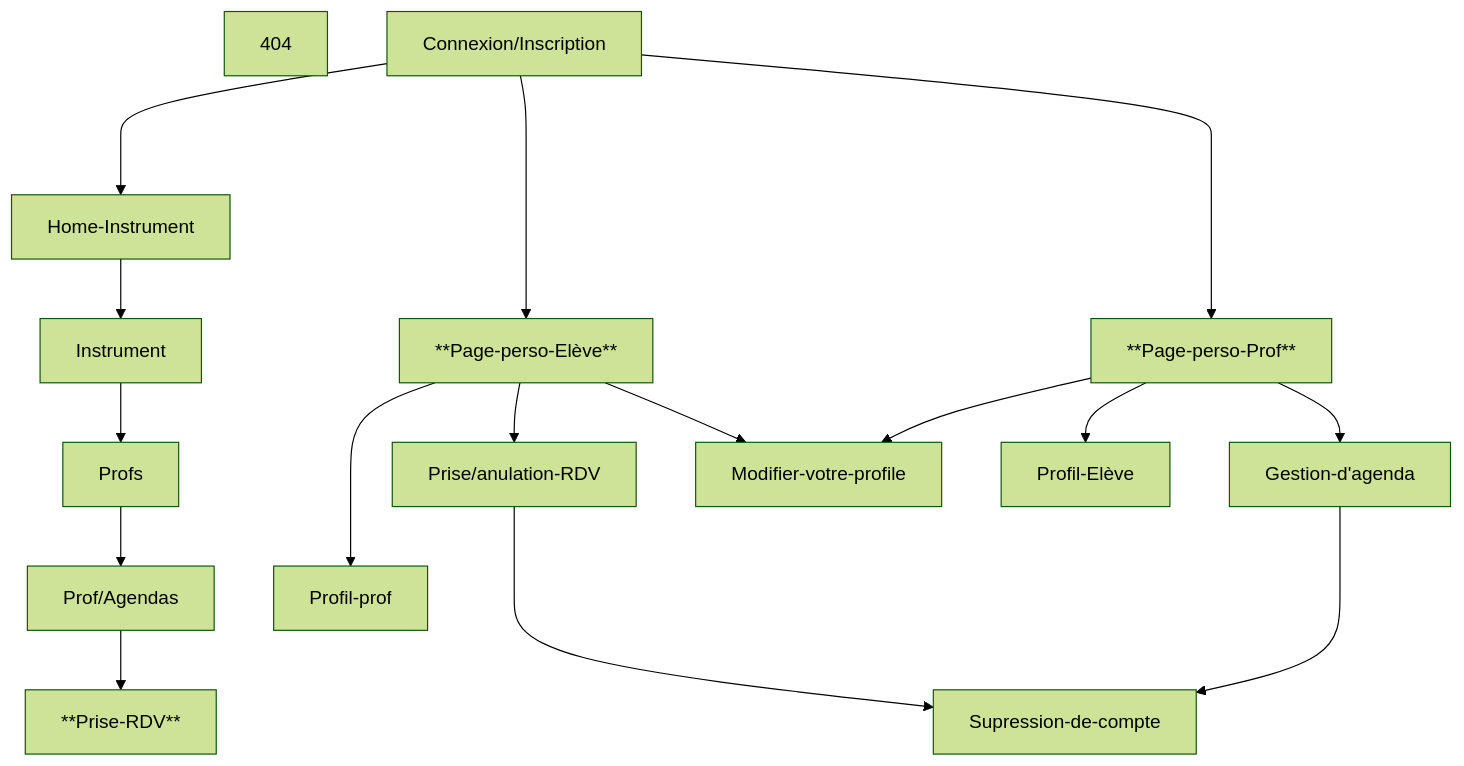
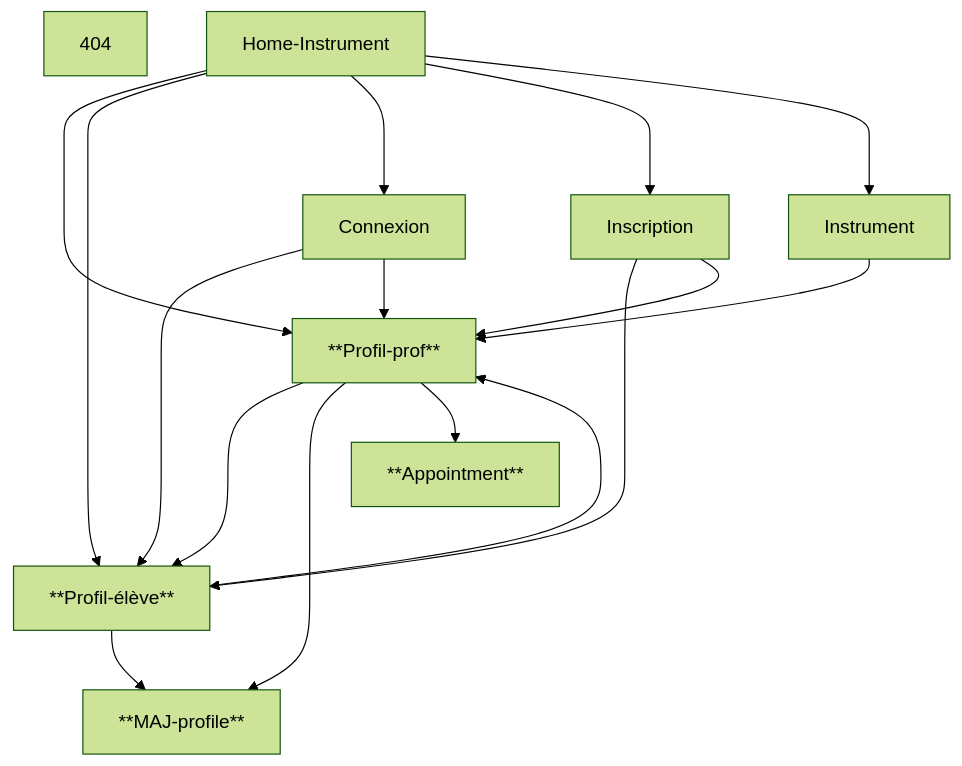
Before and after one commit to Brewalan74/InstrumentalForMe: the diagram in _documentation/cdc.md, drawn with Mermaid (forest theme). The commit also changed other lines of this file, not shown here.

Commit message:
Doc maj arborescence

````diff
--- a/_documentation/cdc.md
+++ b/_documentation/cdc.md
@@ -83,22 +82,21 @@
   ```mermaid
   graph TD;
 
-        Connexion/Inscription--->Home-Instrument-->Instrument-->Profs-->Prof/Agendas-->**Prise-RDV**;
-          
-        Connexion/Inscription---->**Page-perso-Prof**-->Gestion-d'agenda--->Supression-de-compte;
+ 404 
 
-        Connexion/Inscription-->**Page-perso-Elève**-->Prise/anulation-RDV--->Supression-de-compte;
+ Home-Instrument--->**Profil-prof**--->**Profil-élève**-->**MAJ-profile**
+ Home-Instrument--->**Profil-élève**-->**Profil-prof**-->**MAJ-profile**
+
+
+
+ Home-Instrument--->Connexion-->**Profil-élève**
+ Connexion-->**Profil-prof**
  
+ Home-Instrument--->Inscription-->**Profil-élève**
+ Inscription-->**Profil-prof**
 
-        **Page-perso-Prof**-->Modifier-votre-profile 
+ Home-Instrument--->Instrument-->**Profil-prof**-->**Appointment**
 
-        **Page-perso-Prof**-->Profil-Elève
+   
 
-        **Page-perso-Elève**--->Profil-prof
-
-        **Page-perso-Elève**-->Modifier-votre-profile
-
-        404
-         
- 
-   ```
+```
````
